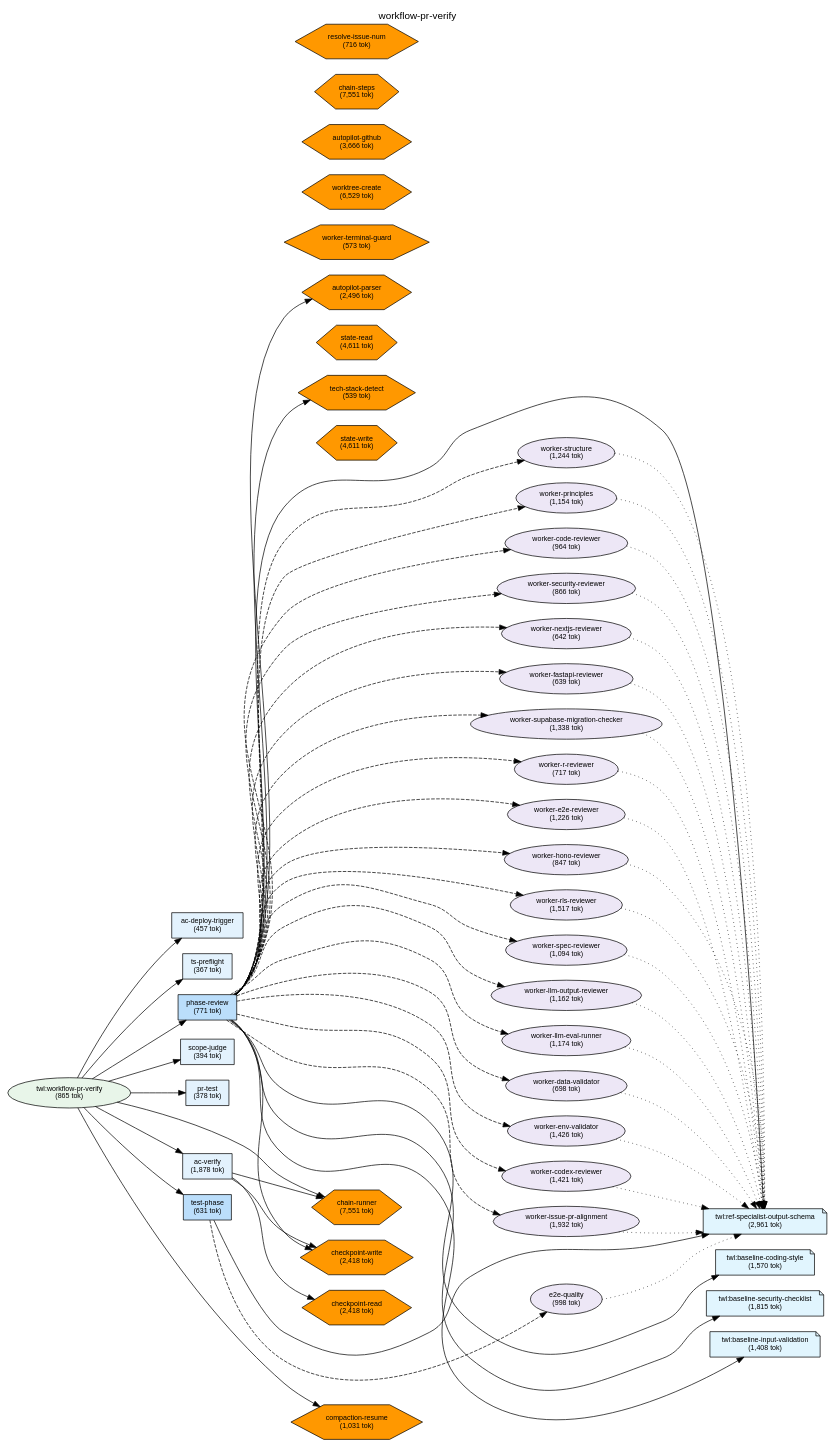
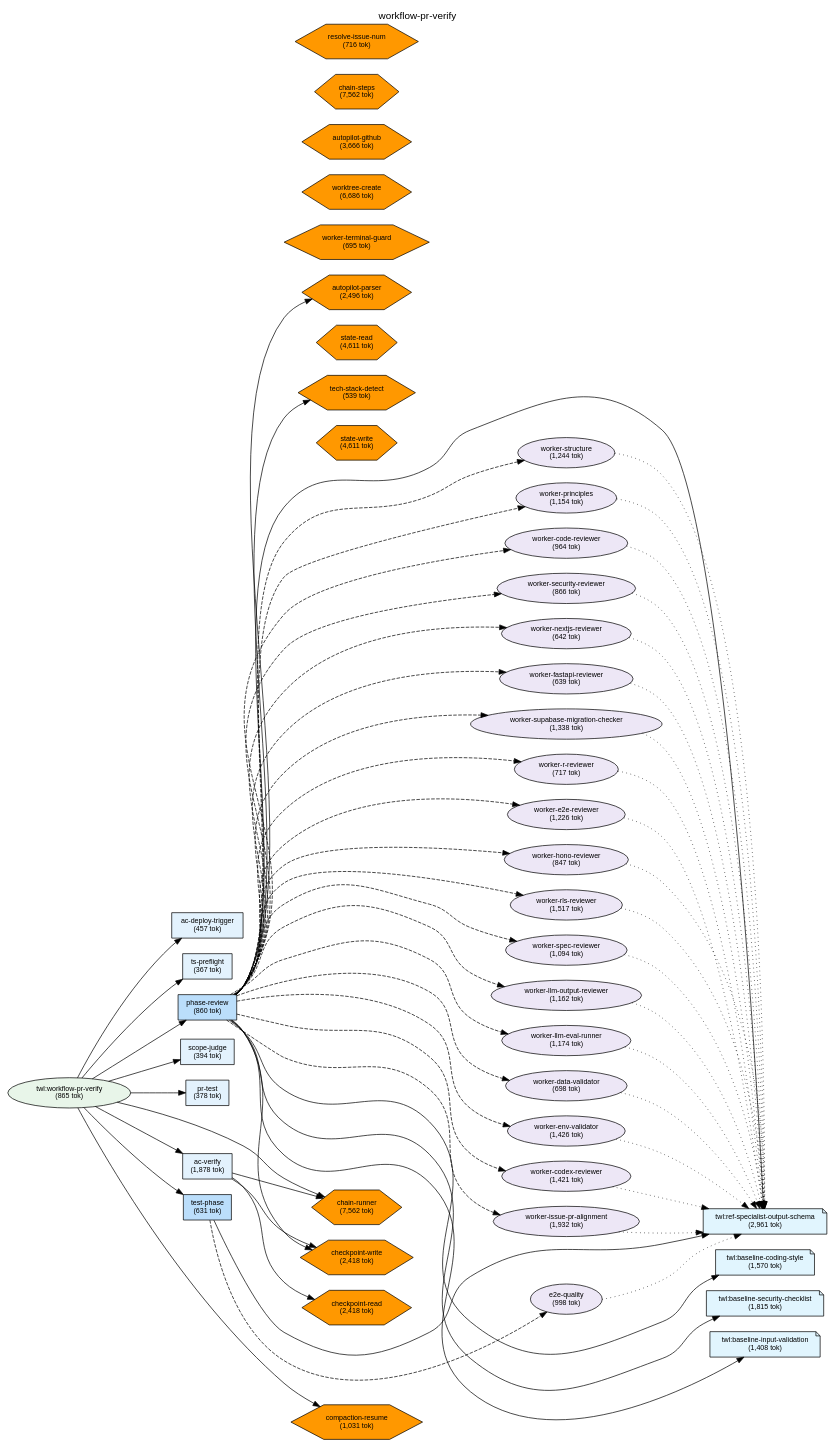
The diagram in plugins/twl/docs/deps-workflow-pr-verify.dot (shuu5/twill), drawn with Graphviz before and after one commit. The commit also changed 21 other files, not shown here.

First line of the commit message:
feat(chain-runner): LLM ステップの chain-runner 統合（#185）

```diff
--- a/plugins/twl/docs/deps-workflow-pr-verify.dot
+++ b/plugins/twl/docs/deps-workflow-pr-verify.dot
@@ -28,7 +28,7 @@
     cmd_scope_judge [label="scope-judge\n(394 tok)", shape=box, style=filled, fillcolor="#e3f2fd"];
     cmd_pr_test [label="pr-test\n(378 tok)", shape=box, style=filled, fillcolor="#e3f2fd"];
     cmd_ac_verify [label="ac-verify\n(1,878 tok)", shape=box, style=filled, fillcolor="#e3f2fd"];
-    cmd_phase_review [label="phase-review\n(771 tok)", shape=box, style=filled, fillcolor="#bbdefb"];
+    cmd_phase_review [label="phase-review\n(860 tok)", shape=box, style=filled, fillcolor="#bbdefb"];
     cmd_ac_deploy_trigger [label="ac-deploy-trigger\n(457 tok)", shape=box, style=filled, fillcolor="#e3f2fd"];
     cmd_test_phase [label="test-phase\n(631 tok)", shape=box, style=filled, fillcolor="#bbdefb"];
 
@@ -60,11 +60,11 @@
     script_state_write [label="state-write\n(4,611 tok)", shape=hexagon, style=filled, fillcolor="#FF9800"];
     script_tech_stack_detect [label="tech-stack-detect\n(539 tok)", shape=hexagon, style=filled, fillcolor="#FF9800"];
     script_autopilot_parser [label="autopilot-parser\n(2,496 tok)", shape=hexagon, style=filled, fillcolor="#FF9800"];
-    script_chain_runner [label="chain-runner\n(7,551 tok)", shape=hexagon, style=filled, fillcolor="#FF9800"];
-    script_worker_terminal_guard [label="worker-terminal-guard\n(573 tok)", shape=hexagon, style=filled, fillcolor="#FF9800"];
-    script_worktree_create [label="worktree-create\n(6,529 tok)", shape=hexagon, style=filled, fillcolor="#FF9800"];
+    script_chain_runner [label="chain-runner\n(7,562 tok)", shape=hexagon, style=filled, fillcolor="#FF9800"];
+    script_worker_terminal_guard [label="worker-terminal-guard\n(695 tok)", shape=hexagon, style=filled, fillcolor="#FF9800"];
+    script_worktree_create [label="worktree-create\n(6,686 tok)", shape=hexagon, style=filled, fillcolor="#FF9800"];
     script_autopilot_github [label="autopilot-github\n(3,666 tok)", shape=hexagon, style=filled, fillcolor="#FF9800"];
-    script_chain_steps [label="chain-steps\n(7,551 tok)", shape=hexagon, style=filled, fillcolor="#FF9800"];
+    script_chain_steps [label="chain-steps\n(7,562 tok)", shape=hexagon, style=filled, fillcolor="#FF9800"];
     script_compaction_resume [label="compaction-resume\n(1,031 tok)", shape=hexagon, style=filled, fillcolor="#FF9800"];
     script_resolve_issue_num [label="resolve-issue-num\n(716 tok)", shape=hexagon, style=filled, fillcolor="#FF9800"];
     script_checkpoint_write [label="checkpoint-write\n(2,418 tok)", shape=hexagon, style=filled, fillcolor="#FF9800"];
```
